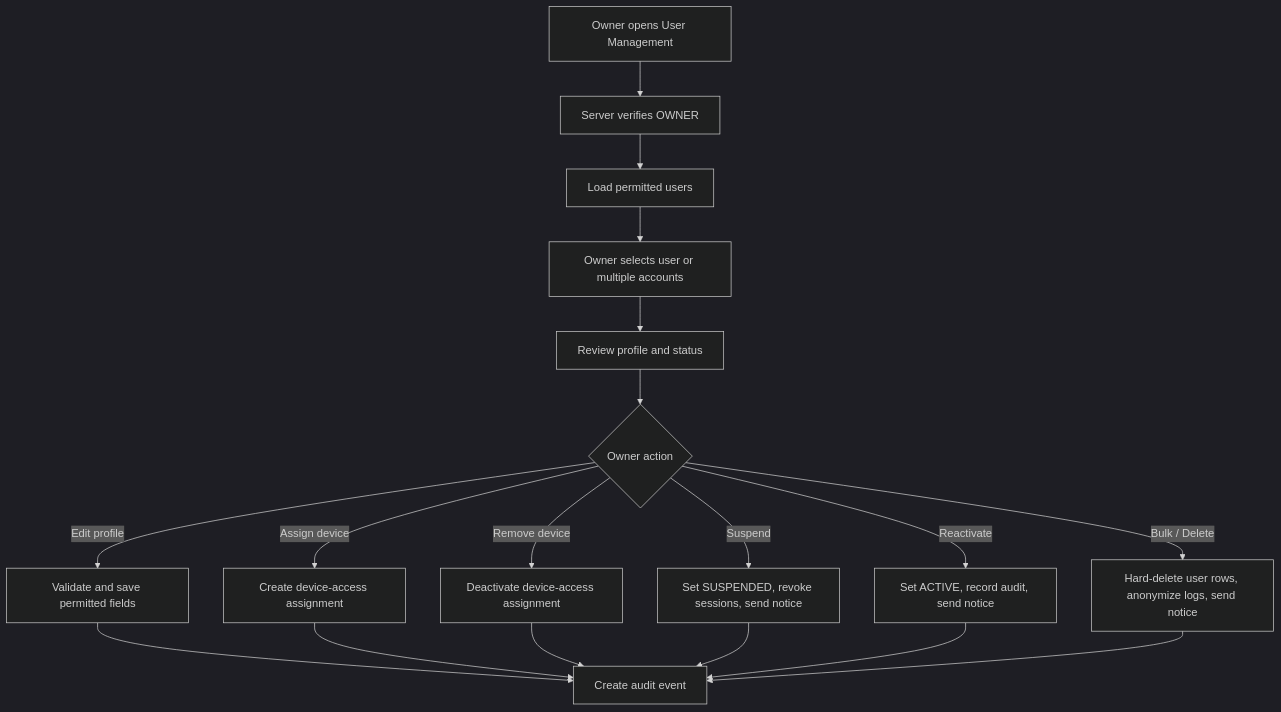
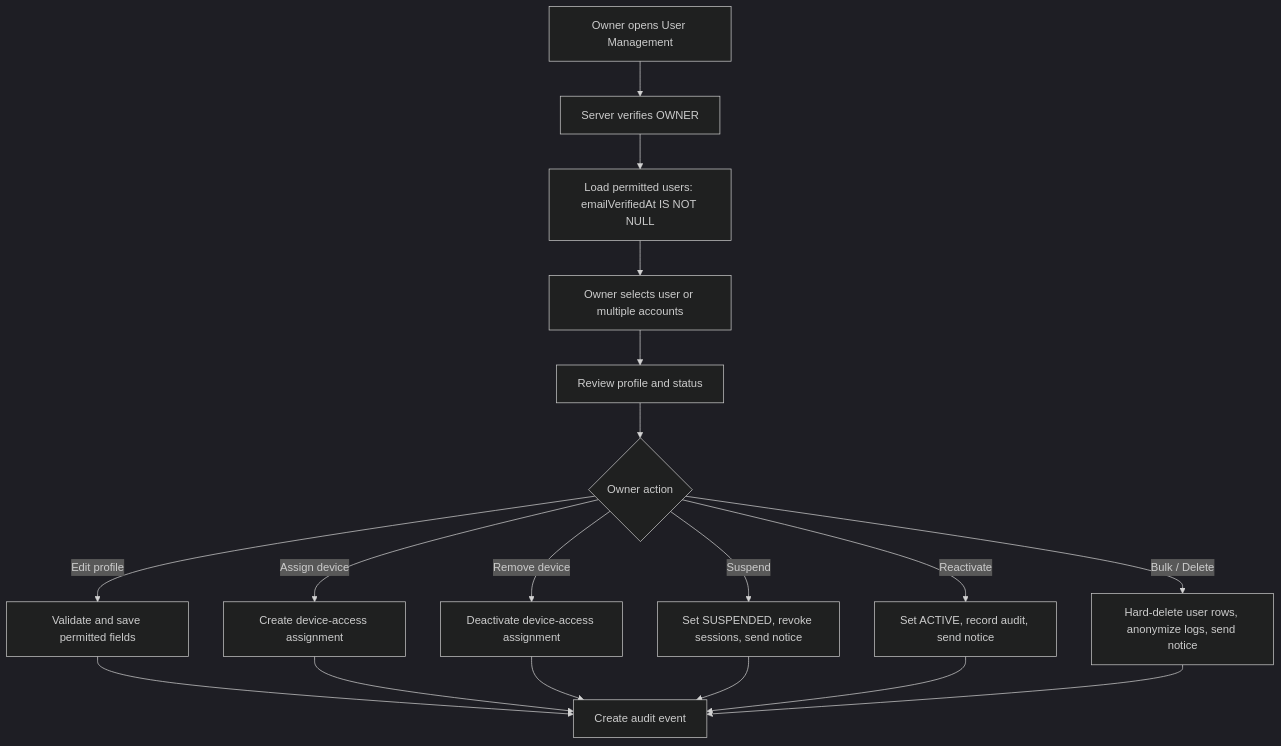
Before and after one commit to Hugo141132/Melon: the fourth of 6 diagrams in docs/USER_FLOWS.md, drawn with Mermaid (dark theme). The commit also changed other lines of this file and 22 other files, not shown here.

````diff
--- a/docs/USER_FLOWS.md
+++ b/docs/USER_FLOWS.md
@@ -150,20 +150,20 @@
 ```mermaid
 flowchart TD
     A[Owner opens User Management] --> B[Server verifies OWNER]
-    B --> C[Load permitted users]
+    B --> C[Load permitted users: emailVerifiedAt IS NOT NULL]
     C --> D[Owner selects user or multiple accounts]
     D --> E[Review profile and status]
     E --> F{Owner action}
     F -- Edit profile --> G[Validate and save permitted fields]
     F -- Assign device --> H[Create device-access assignment]
     F -- Remove device --> I[Deactivate device-access assignment]
     F -- Suspend --> J[Set SUSPENDED, revoke sessions, send notice]
     F -- Reactivate --> K[Set ACTIVE, record audit, send notice]
     F -- Bulk / Delete --> M[Hard-delete user rows, anonymize logs, send notice]
     G --> L[Create audit event]
     H --> L
     I --> L
     J --> L
     K --> L
     M --> L
 ```
````
